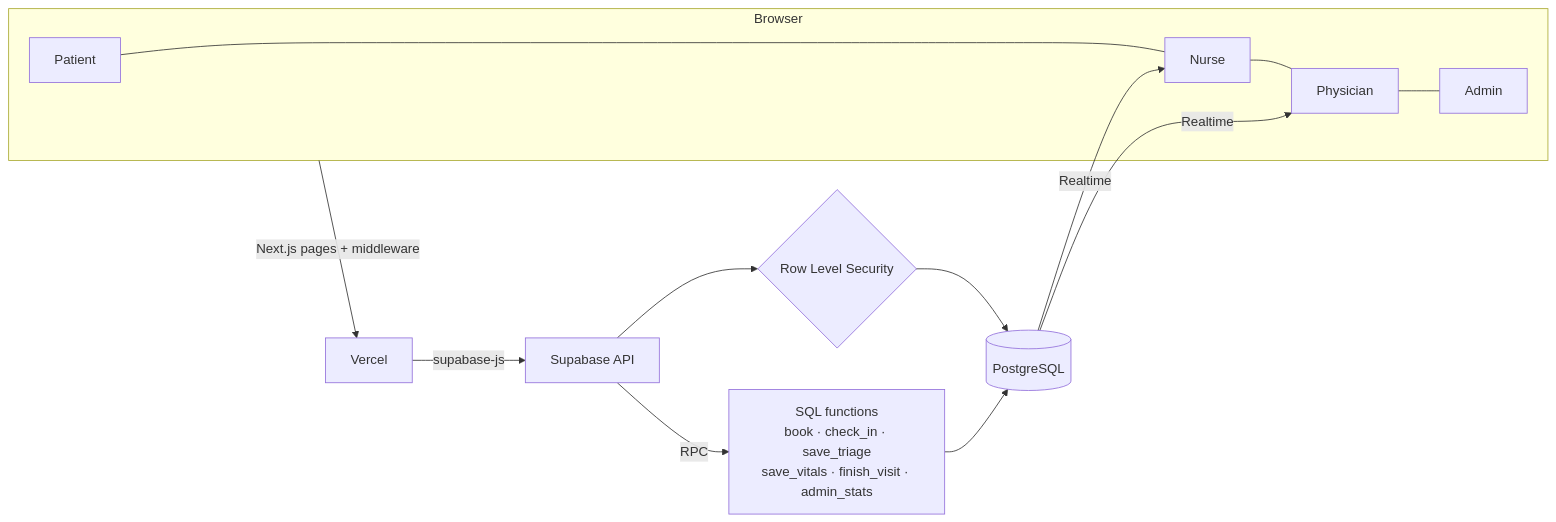
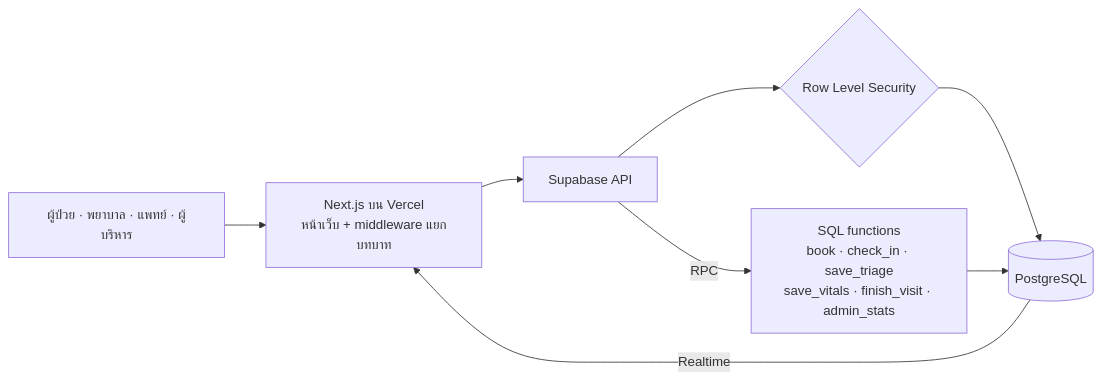
Before and after one commit to piyawanthaproject/quedoctor: the first of 3 diagrams in README.md, drawn with Mermaid. The commit also changed other lines of this file and 8 other files, not shown here.

````diff
--- a/README.md
+++ b/README.md
@@ -95,14 +106,10 @@
 ```mermaid
 flowchart LR
-  subgraph Browser
-    P[Patient] --- N[Nurse] --- D[Physician] --- A[Admin]
-  end
-  Browser -->|Next.js pages + middleware| V[Vercel]
-  V -->|supabase-js| API[Supabase API]
-  API --> RLS{Row Level Security}
-  RLS --> DB[(PostgreSQL)]
-  API -->|RPC| F[SQL functions<br/>book · check_in · save_triage<br/>save_vitals · finish_visit · admin_stats]
+  U["ผู้ป่วย · พยาบาล · แพทย์ · ผู้บริหาร"] --> V["Next.js บน Vercel<br/>หน้าเว็บ + middleware แยกบทบาท"]
+  V --> API["Supabase API"]
+  API --> RLS{"Row Level Security"}
+  RLS --> DB[("PostgreSQL")]
+  API -- "RPC" --> F["SQL functions<br/>book · check_in · save_triage<br/>save_vitals · finish_visit · admin_stats"]
   F --> DB
-  DB -->|Realtime| N
-  DB -->|Realtime| D
+  DB -- "Realtime" --> V
 ```
````
